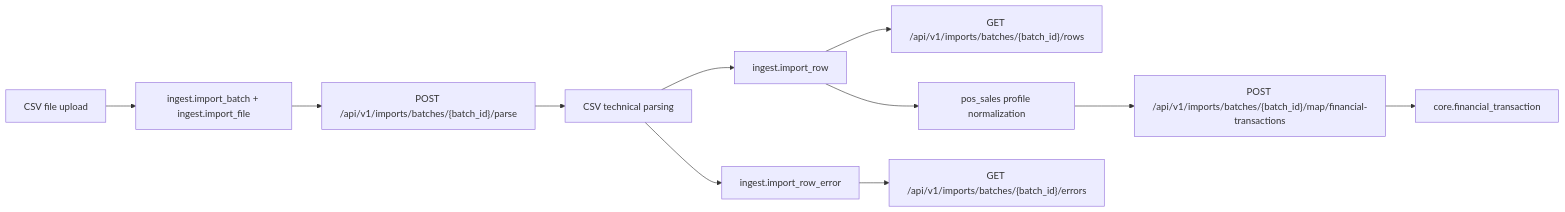
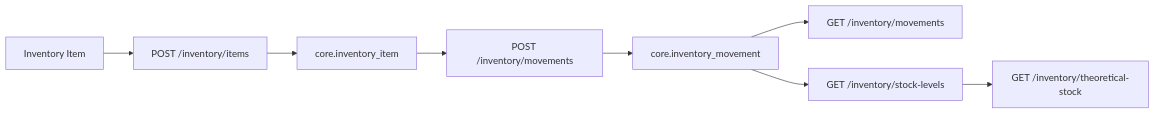
The diagram in docs/CURRENT_STATUS.md (levke998/BizTracker-v1), drawn with Mermaid before and after one commit. The commit also changed other lines of this file and 81 other files, not shown here.

````diff
--- a/docs/CURRENT_STATUS.md
+++ b/docs/CURRENT_STATUS.md
@@ -15,13 +130,10 @@
 ```mermaid
 flowchart LR
-  A["CSV file upload"] --> B["ingest.import_batch + ingest.import_file"]
-  B --> C["POST /api/v1/imports/batches/{batch_id}/parse"]
-  C --> D["CSV technical parsing"]
-  D --> E["ingest.import_row"]
-  D --> F["ingest.import_row_error"]
-  E --> G["GET /api/v1/imports/batches/{batch_id}/rows"]
-  F --> H["GET /api/v1/imports/batches/{batch_id}/errors"]
-  E --> I["pos_sales profile normalization"]
-  I --> J["POST /api/v1/imports/batches/{batch_id}/map/financial-transactions"]
-  J --> K["core.financial_transaction"]
+  A["Inventory Item"] --> B["POST /inventory/items"]
+  B --> C["core.inventory_item"]
+  C --> D["POST /inventory/movements"]
+  D --> E["core.inventory_movement"]
+  E --> F["GET /inventory/movements"]
+  E --> G["GET /inventory/stock-levels"]
+  G --> H["GET /inventory/theoretical-stock"]
 ```
````
